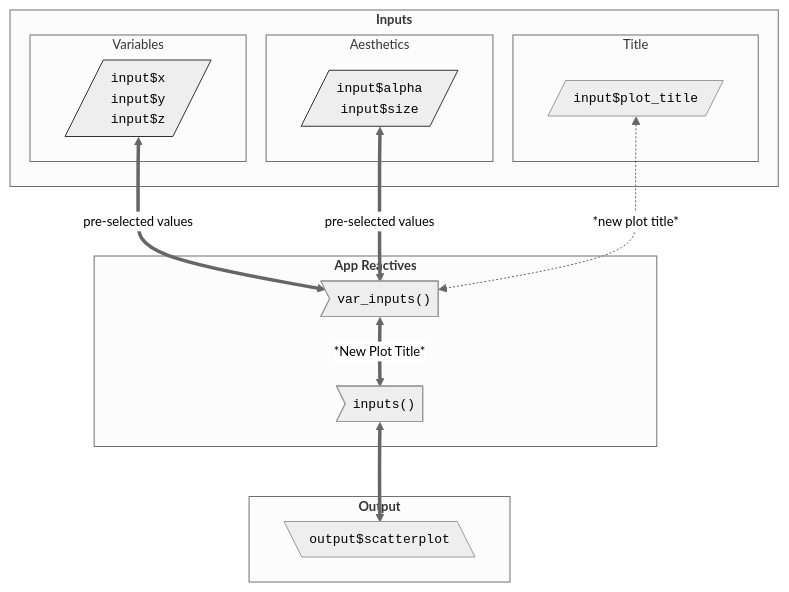
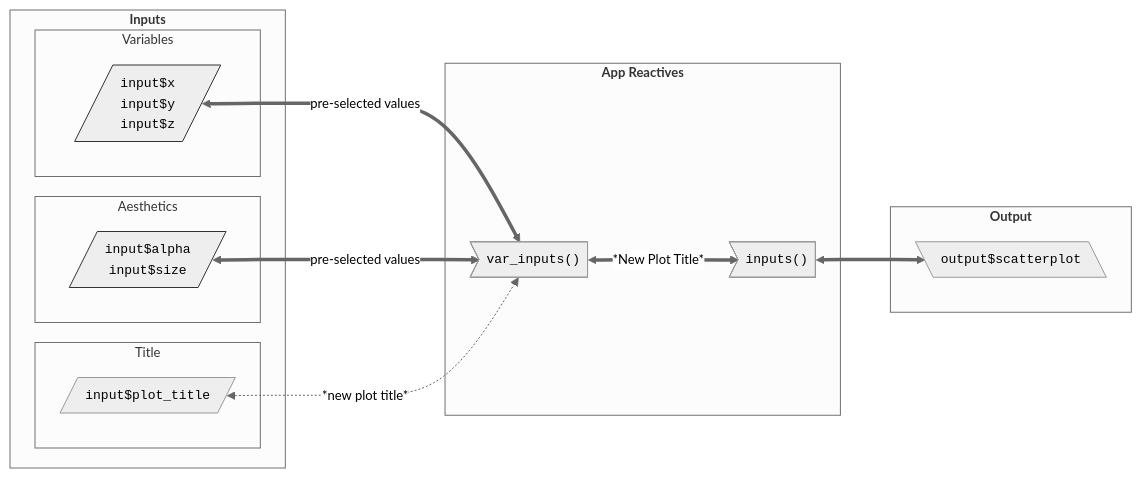
The first of 2 diagrams in debug.qmd (mjfrigaard/shiny-app-pkgs), drawn with Mermaid before and after one commit. The commit also changed 107 other files, not shown here.

First line of the commit message:
Add consistent teal/light-teal color styling to mermaid diagrams

````diff
--- a/debug.qmd
+++ b/debug.qmd
@@ -131,34 +131,34 @@
 ```{mermaid}
 %%| fig-cap: 'Reactive flow in Movies App'
 %%| fig-align: center
 %%{init: {'theme': 'neutral', 'themeVariables': { 'fontFamily': 'monospace', "fontSize":"13px"}}}%%
-flowchart TD
+flowchart LR
     subgraph Inputs["<strong>Inputs</strong>"]
         subgraph Variables["Variables"]
         var_input[/"<code>input$x</code><br><code>input$y</code><br><code>input$z</code>"/]
         end
         subgraph Aesthetics["Aesthetics"]
         aes_input[/"<code>input$alpha</code><br><code>input$size</code>"/]
         end
         subgraph Title["Title"]
         plot_title[/"<code>input$plot_title</code>"/]
         end
         
     end
     subgraph React["<strong>App Reactives</strong>"]
         var_inputs>"<code>var_inputs()</code> "]
         inputs>"<code>inputs()</code>"]
     end
     subgraph Output["<strong>Output</strong>"]
         output[\"<code>output$scatterplot</code>"\]
     end
 
 
     var_input & aes_input <==> |"pre-selected values"|var_inputs 
     plot_title <-.-> |"*new plot title*"|var_inputs 
     var_inputs <==>|"*New Plot Title*"|inputs
     inputs <==> output
     
     style var_input stroke:#333,stroke-width:1px,rx:5,ry:5 
     style aes_input stroke:#333,stroke-width:1px,rx:5,ry:5
 ```
````
